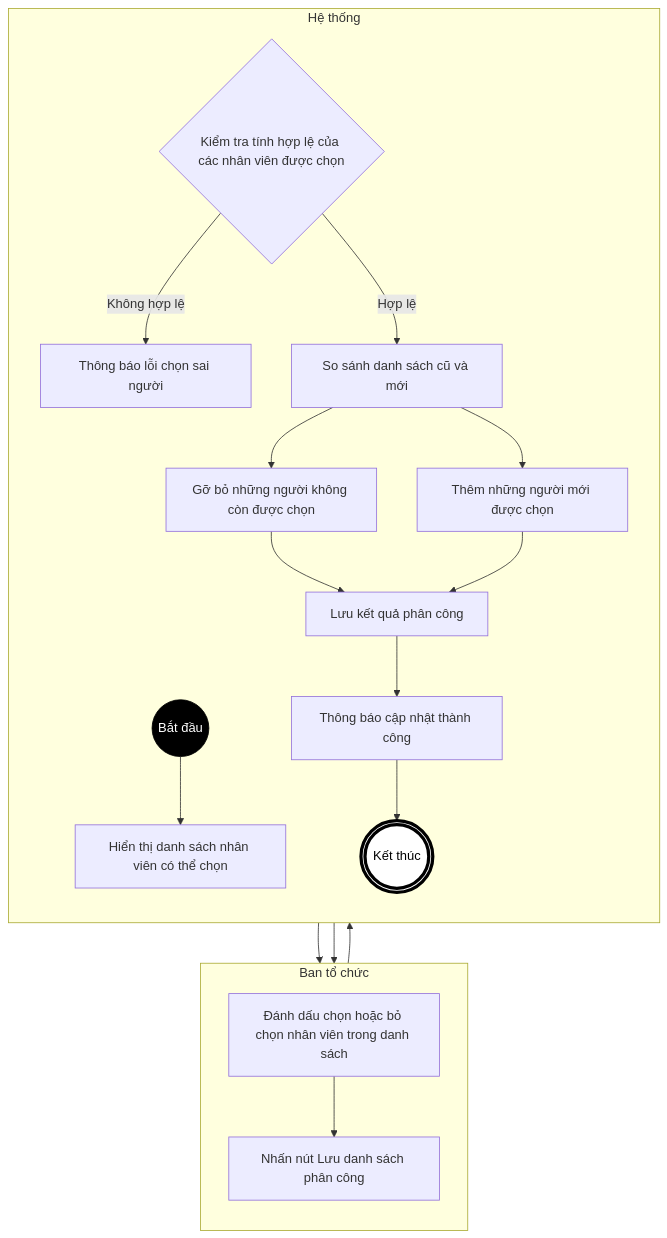
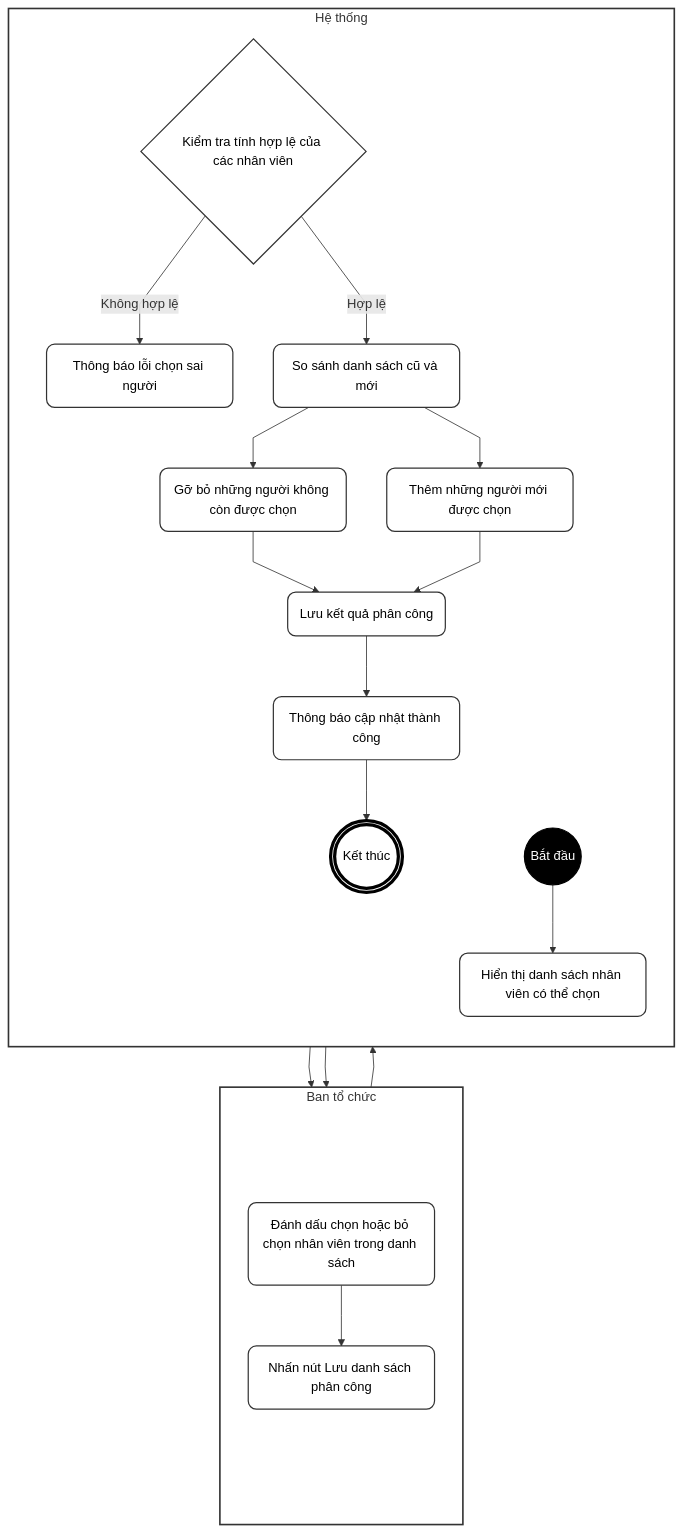
One commit to ChuDucAnh21/BE-quan-ly-su-kien changed the third of 4 diagrams in doc/system_analysis/activity diagram/08c_activity_schedule_staff.md. Above: the diagram before and after it, drawn with Mermaid. The commit also changed other lines of this file and 26 other files, not shown here.

````diff
--- a/doc/system_analysis/activity diagram/08c_activity_schedule_staff.md
+++ b/doc/system_analysis/activity diagram/08c_activity_schedule_staff.md
@@ -256,41 +115,60 @@
 ```mermaid
+%%{init: {"flowchart": {"curve": "linear"}}}%%
 flowchart TD
+    classDef default fill:#fff,stroke:#333,stroke-width:1.5px,color:#000,rx:10px,ry:10px;
     classDef startNode fill:#000,stroke:#000,color:#fff;
     classDef endNode fill:#fff,stroke:#000,stroke-width:4px,color:#000;
+    classDef hidden fill:none,stroke:none,color:none;
 
     subgraph TacNhan [Ban tổ chức]
         direction TB
-        A[Đánh dấu chọn hoặc bỏ chọn nhân viên trong danh sách]
-        B[Nhấn nút Lưu danh sách phân công]
+        T_start(" "):::hidden
+        A(Đánh dấu chọn hoặc bỏ chọn nhân viên trong danh sách)
+        B(Nhấn nút Lưu danh sách phân công)
+        T_end(" "):::hidden
     end
 
     subgraph HeThong [Hệ thống]
         direction TB
+        H_start(" "):::hidden
         Start((Bắt đầu)):::startNode
-        C[Hiển thị danh sách nhân viên có thể chọn]
-        D{Kiểm tra tính hợp lệ của các nhân viên được chọn}
-        E[Thông báo lỗi chọn sai người]
-        F[So sánh danh sách cũ và mới]
-        G[Gỡ bỏ những người không còn được chọn]
-        H[Thêm những người mới được chọn]
-        I[Lưu kết quả phân công]
-        J[Thông báo cập nhật thành công]
+        C(Hiển thị danh sách nhân viên có thể chọn)
+        D{Kiểm tra tính hợp lệ của các nhân viên}
+        E(Thông báo lỗi chọn sai người)
+        F(So sánh danh sách cũ và mới)
+        G(Gỡ bỏ những người không còn được chọn)
+        H(Thêm những người mới được chọn)
+        I(Lưu kết quả phân công)
+        J(Thông báo cập nhật thành công)
         End(((Kết thúc))):::endNode
+        H_end(" "):::hidden
     end
+
+    T_start ~~~ H_start
+    T_end ~~~ H_end
+
+    T_start ~~~ A
+    B ~~~ T_end
+
+    H_start ~~~ Start
+    End ~~~ H_end
 
     Start --> C
     C --> A
     A --> B
     B --> D
-    
+
     D -- Không hợp lệ --> E
     E --> A
-    
+
     D -- Hợp lệ --> F
     F --> G
     F --> H
     G --> I
     H --> I
     I --> J
     J --> End
+
+    style TacNhan fill:#fff,stroke:#333,stroke-width:2px
+    style HeThong fill:#fff,stroke:#333,stroke-width:2px
 ```
````
